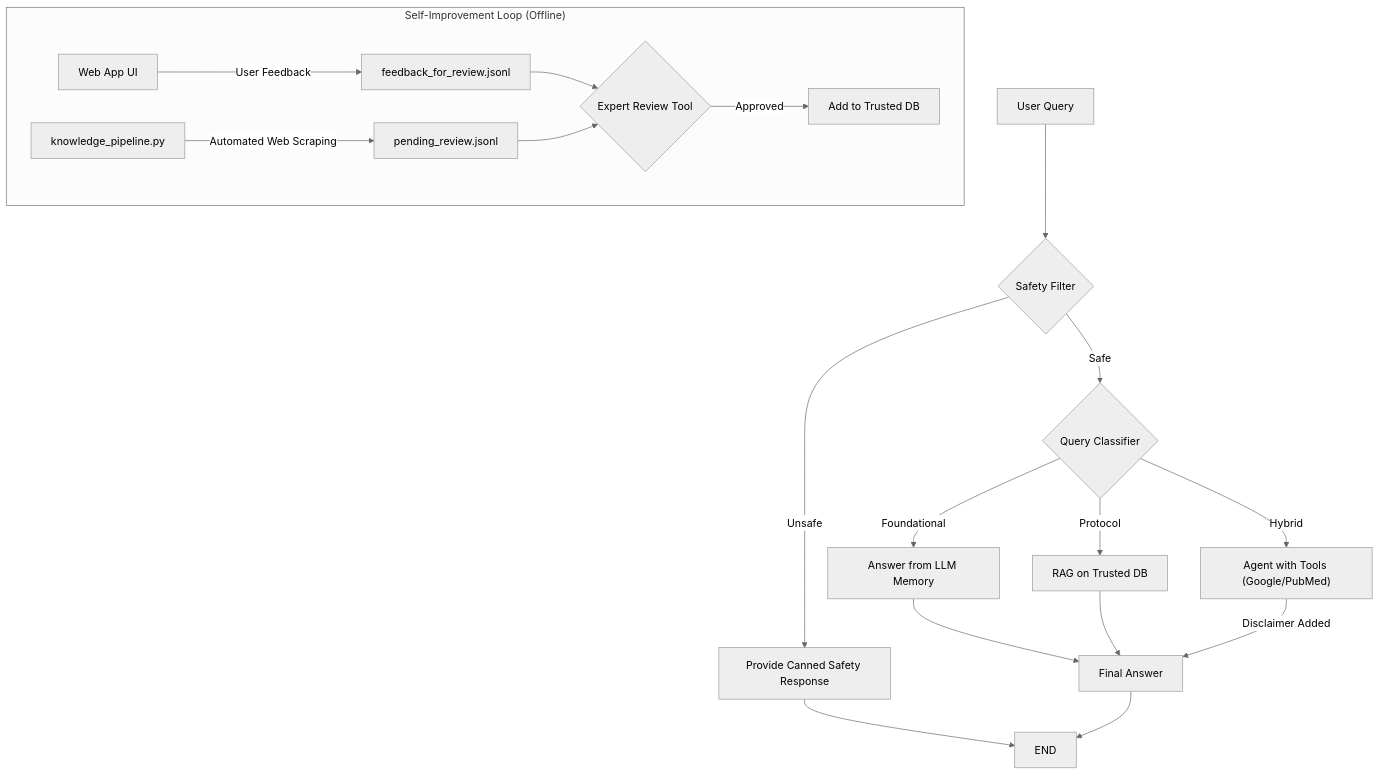
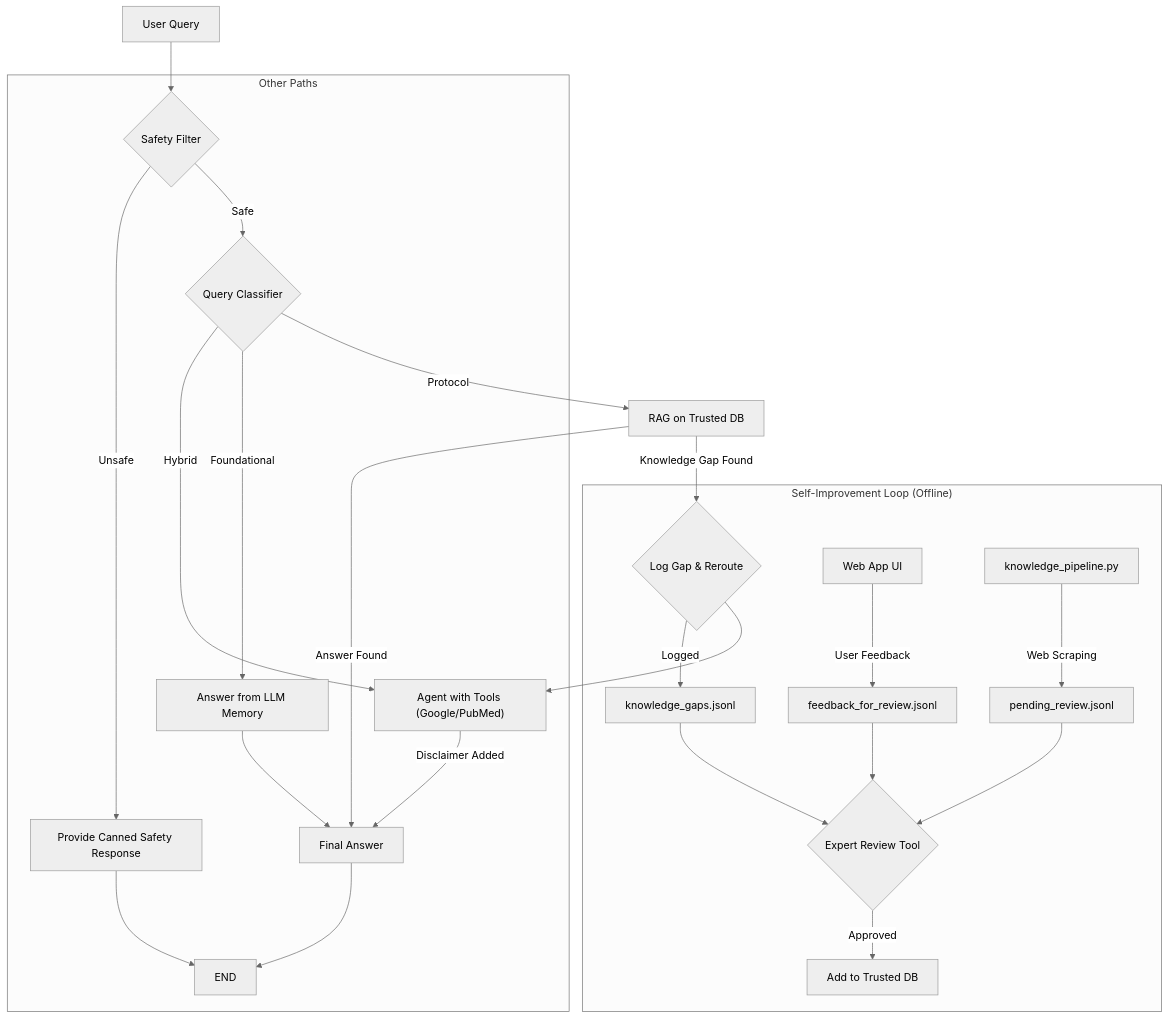
One commit to thesteganos/rmk-langgraph changed the diagram in README.md. Above: the diagram before and after it, drawn with Mermaid (neutral theme).

Commit message:
Update README.md
mermaind new logic update

````diff
--- a/README.md
+++ b/README.md
@@ -23,22 +23,31 @@
 ```mermaid
 graph TD
     A[User Query] --> B{Safety Filter};
-    B -- Unsafe --> C[Provide Canned Safety Response];
     B -- Safe --> D{Query Classifier};
-    D -- Foundational --> E[Answer from LLM Memory];
     D -- Protocol --> F[RAG on Trusted DB];
-    D -- Hybrid --> G["Agent with Tools (Google/PubMed)"];
-    E --> H[Final Answer];
-    F --> H;
+    
+    F -- Knowledge Gap Found --> P{Log Gap & Reroute};
+    F -- Answer Found --> H[Final Answer];
+    
+    P --> G["Agent with Tools (Google/PubMed)"];
     G -- Disclaimer Added --> H;
-    C --> I[END];
-    H --> I;
+
+    subgraph "Other Paths"
+        B -- Unsafe --> C[Provide Canned Safety Response];
+        D -- Foundational --> E[Answer from LLM Memory];
+        D -- Hybrid --> G;
+        E --> H;
+        C --> I[END];
+        H --> I;
+    end
 
     subgraph "Self-Improvement Loop (Offline)"
+        P -- Logged --> Q[knowledge_gaps.jsonl]
         J[Web App UI] -- User Feedback --> K[feedback_for_review.jsonl];
-        L[knowledge_pipeline.py] -- Automated Web Scraping --> M[pending_review.jsonl];
+        L[knowledge_pipeline.py] -- Web Scraping --> M[pending_review.jsonl];
         K --> N{Expert Review Tool};
         M --> N;
+        Q --> N;
         N -- Approved --> O[Add to Trusted DB];
     end
 ```
````
